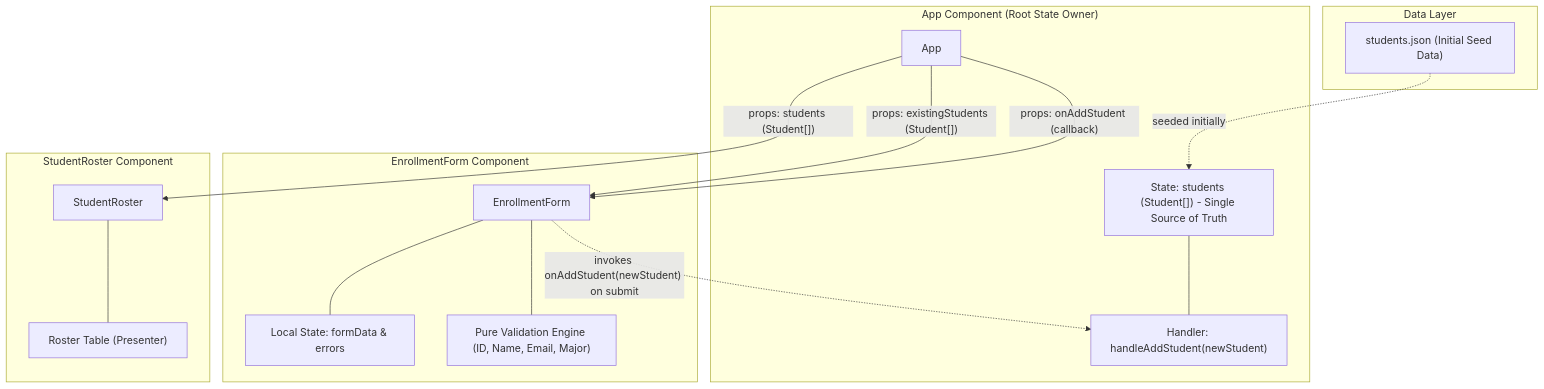
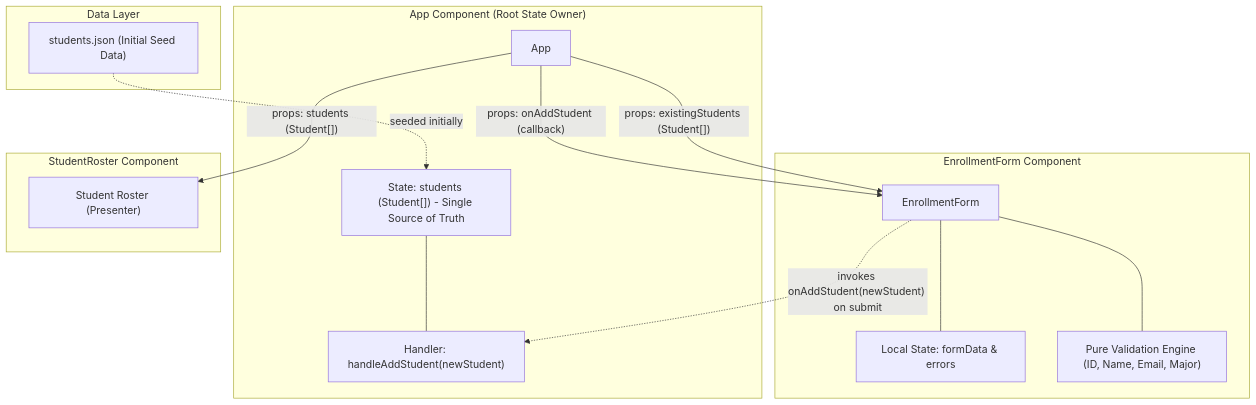
One commit to AndyKhang404/team13-student-csr changed the first of 2 diagrams in README.md. Above: the diagram before and after it, drawn with Mermaid. The commit also changed other lines of this file and 9 other files, not shown here.

````diff
--- a/README.md
+++ b/README.md
@@ -44,33 +44,31 @@
 ```mermaid
 flowchart TD
     subgraph DataLayer ["Data Layer"]
         JSON["students.json (Initial Seed Data)"]
     end
 
     subgraph Root ["App Component (Root State Owner)"]
         App["App"]
         AppState["State: students (Student[]) - Single Source of Truth"]
         AppHandler["Handler: handleAddStudent(newStudent)"]
         JSON -.->|"seeded initially"| AppState
         AppState --- AppHandler
     end
 
     subgraph FormComp ["EnrollmentForm Component"]
         EnrollmentForm["EnrollmentForm"]
         FormState["Local State: formData & errors"]
         Validation["Pure Validation Engine (ID, Name, Email, Major)"]
         EnrollmentForm --- FormState
         EnrollmentForm --- Validation
     end
 
     subgraph RosterComp ["StudentRoster Component"]
-        StudentRoster["StudentRoster"]
-        RosterTable["Roster Table (Presenter)"]
-        StudentRoster --- RosterTable
+        StudentRoster["Student Roster (Presenter)"]
     end
 
     App -->|"props: onAddStudent (callback)"| EnrollmentForm
     App -->|"props: existingStudents (Student[])"| EnrollmentForm
     App -->|"props: students (Student[])"| StudentRoster
     EnrollmentForm -.->|"invokes onAddStudent(newStudent) on submit"| AppHandler
 ```
````
